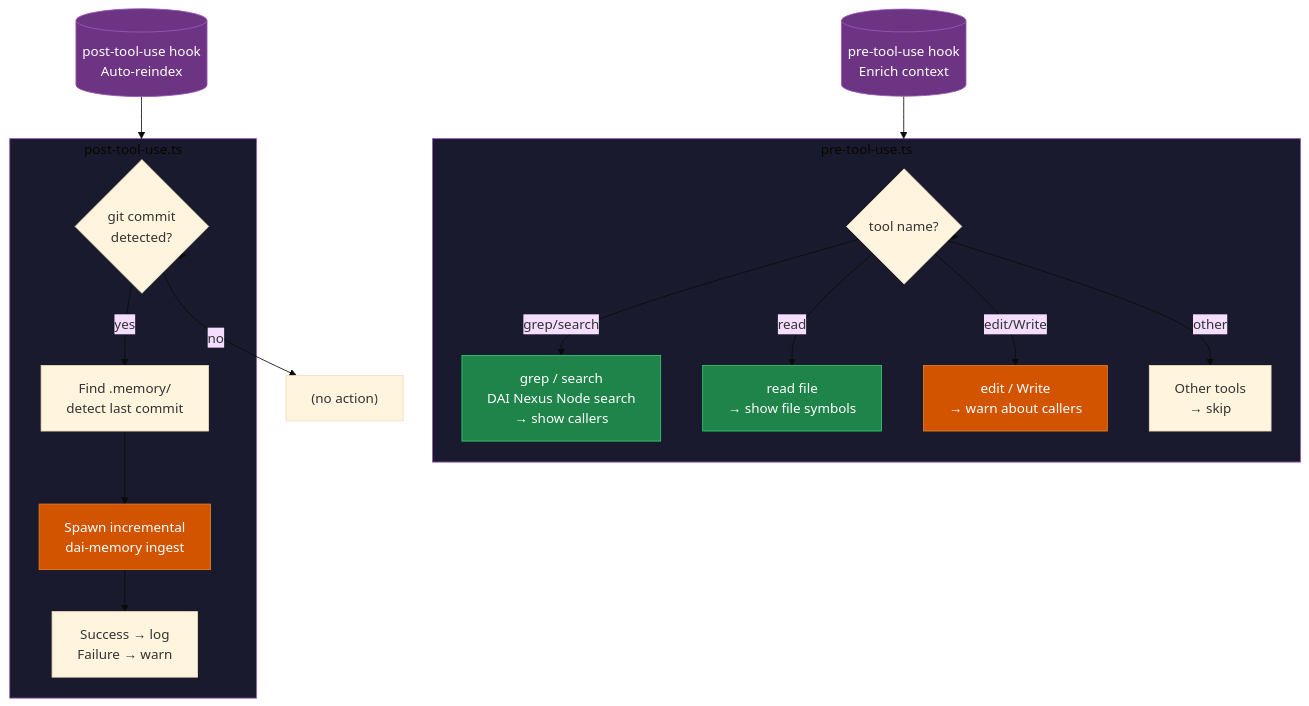
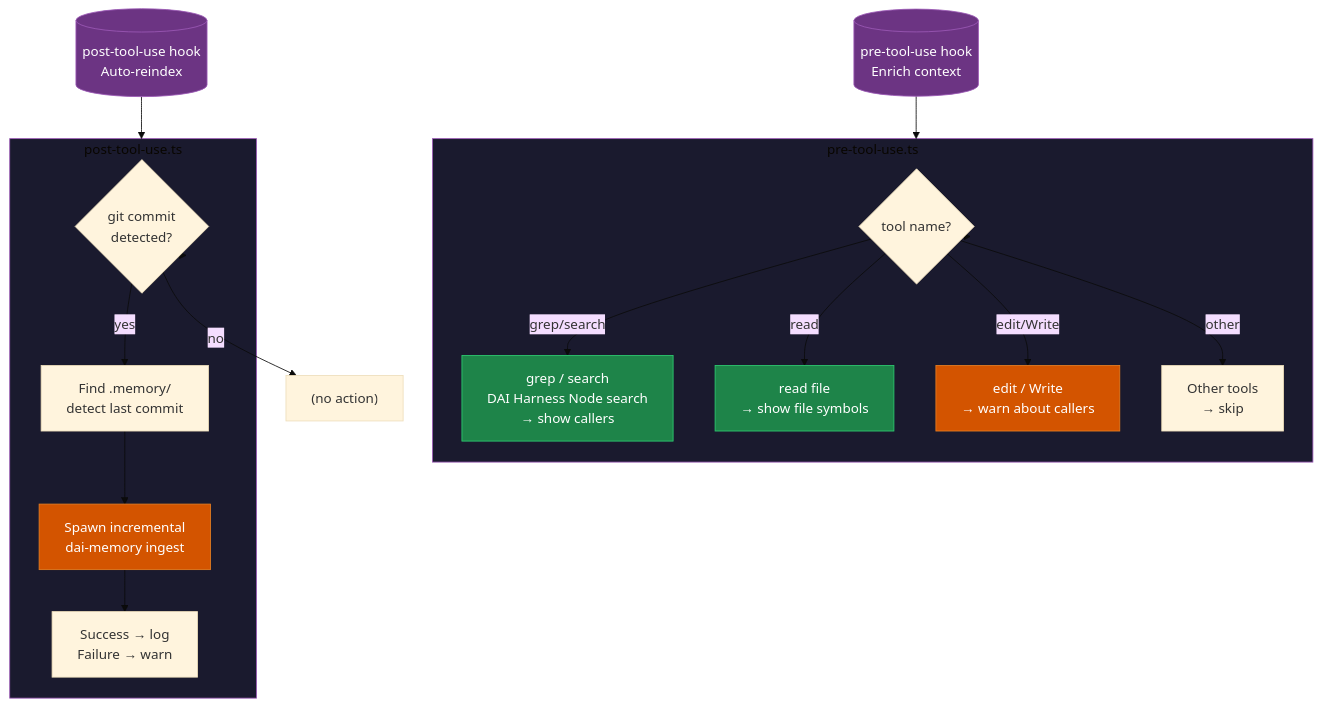
Before and after one commit to Exia-thd/DAI-harness: diagram 13 of 15 in README.vi.md, drawn with Mermaid (base theme). The commit also changed other lines of this file and 973 other files, not shown here.

````diff
--- a/README.vi.md
+++ b/README.vi.md
@@ -735,41 +735,41 @@
 ```mermaid
 flowchart TD
     HOOK_PRE[("pre-tool-use hook<br/>Enrich context")]
     HOOK_POST[("post-tool-use hook<br/>Auto-reindex")]
 
     subgraph PRE_HOOK["pre-tool-use.ts"]
         T1{"tool name?"}
-        T_GREP["grep / search<br/>DAI Nexus Node search<br/>→ show callers"]
+        T_GREP["grep / search<br/>DAI Harness Node search<br/>→ show callers"]
         T_READ["read file<br/>→ show file symbols"]
         T_EDIT["edit / Write<br/>→ warn about callers"]
         T_SKIP["Other tools<br/>→ skip"]
     end
 
     subgraph POST_HOOK["post-tool-use.ts"]
         G1{"git commit<br/>detected?"}
         G2["Find .memory/<br/>detect last commit"]
         G3["Spawn incremental<br/>dai-memory ingest"]
         G4["Success → log<br/>Failure → warn"]
     end
 
     HOOK_PRE --> PRE_HOOK
     PRE_HOOK --> T1
     T1 --> |"grep/search"| T_GREP
     T1 --> |"read"| T_READ
     T1 --> |"edit/Write"| T_EDIT
     T1 --> |"other"| T_SKIP
 
     HOOK_POST --> POST_HOOK
     POST_HOOK --> G1
     G1 --> |"yes"| G2 --> G3 --> G4
     G1 --> |"no"| G_SKIP["(no action)"]
 
     style HOOK_PRE fill:#6c3483,stroke:#9b59b6,color:#fff
     style HOOK_POST fill:#6c3483,stroke:#9b59b6,color:#fff
     style PRE_HOOK fill:#1a1a2e,stroke:#9b59b6
     style POST_HOOK fill:#1a1a2e,stroke:#9b59b6
     style T_GREP fill:#1e8449,stroke:#2ecc71,color:#fff
     style T_READ fill:#1e8449,stroke:#2ecc71,color:#fff
     style T_EDIT fill:#d35400,stroke:#e67e22,color:#fff
     style G3 fill:#d35400,stroke:#e67e22,color:#fff
 ```
````
